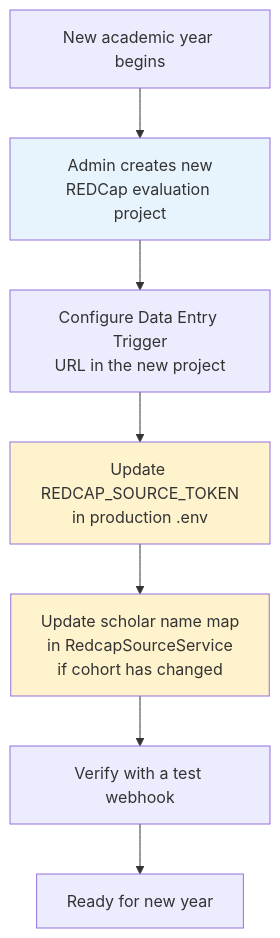
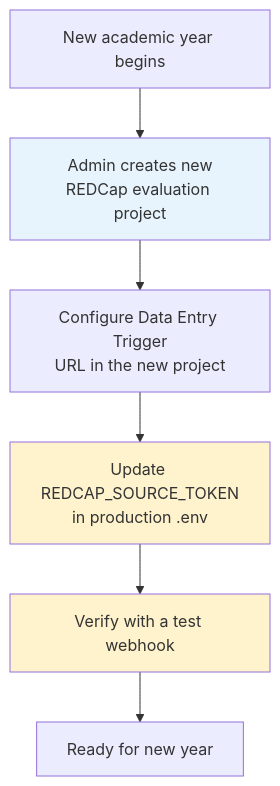
The second of 4 diagrams in Docs/redcap-integration.md (com-atg/OMM-SE), drawn with Mermaid before and after one commit. The commit also changed other lines of this file and 15 other files, not shown here.

Commit message:
Refactor NotifierController and related services to use `student` (datatelid) instead of `scholar_name`, and remove name resolution logic.

````diff
--- a/Docs/redcap-integration.md
+++ b/Docs/redcap-integration.md
@@ -42,13 +42,12 @@
 ```mermaid
 flowchart TD
     A[New academic year begins] --> B[Admin creates new\nREDCap evaluation project]
     B --> C[Configure Data Entry Trigger\nURL in the new project]
     C --> D[Update REDCAP_SOURCE_TOKEN\nin production .env]
-    D --> E[Update scholar name map\nin RedcapSourceService\nif cohort has changed]
-    E --> F[Verify with a test webhook]
-    F --> G[Ready for new year]
+    D --> E[Verify with a test webhook]
+    E --> F[Ready for new year]
 
     style B fill:#e8f4fd
     style D fill:#fff3cd
     style E fill:#fff3cd
 ```
````
